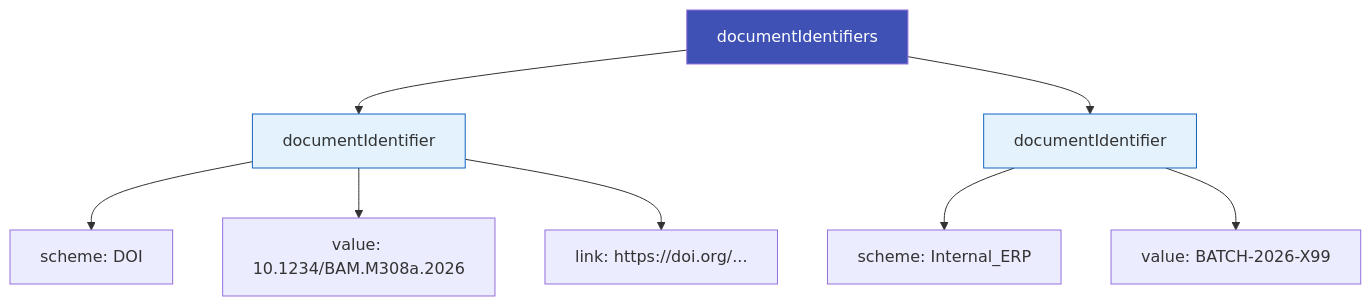
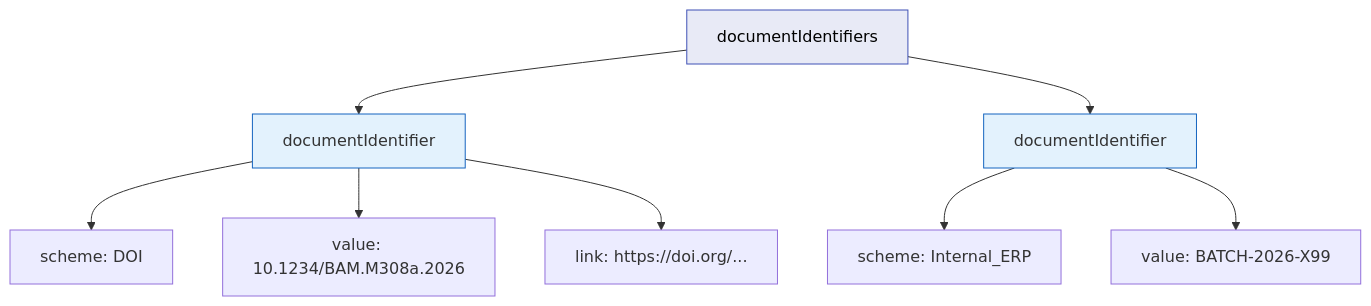
One commit to punitharumilli/DRMD_Schema changed the third of 6 diagrams in docs/administrative_data.md. Above: the diagram before and after it, drawn with Mermaid. The commit also changed other lines of this file and 6 other files, not shown here.

````diff
--- a/docs/administrative_data.md
+++ b/docs/administrative_data.md
@@ -174,16 +168,16 @@
 ```mermaid
 graph TD
     DI["documentIdentifiers"] --> DI1["documentIdentifier"]
     DI --> DI2["documentIdentifier"]
 
     DI1 --> S1["scheme: DOI"]
     DI1 --> V1["value: 10.1234/BAM.M308a.2026"]
     DI1 --> L1["link: https://doi.org/..."]
 
     DI2 --> S2["scheme: Internal_ERP"]
     DI2 --> V2["value: BATCH-2026-X99"]
 
-    style DI fill:#3f51b5,color:#fff
+    style DI fill:#e8eaf6,color:#000,stroke:#3f51b5
     style DI1 fill:#e3f2fd,stroke:#1565c0
     style DI2 fill:#e3f2fd,stroke:#1565c0
 ```
````
